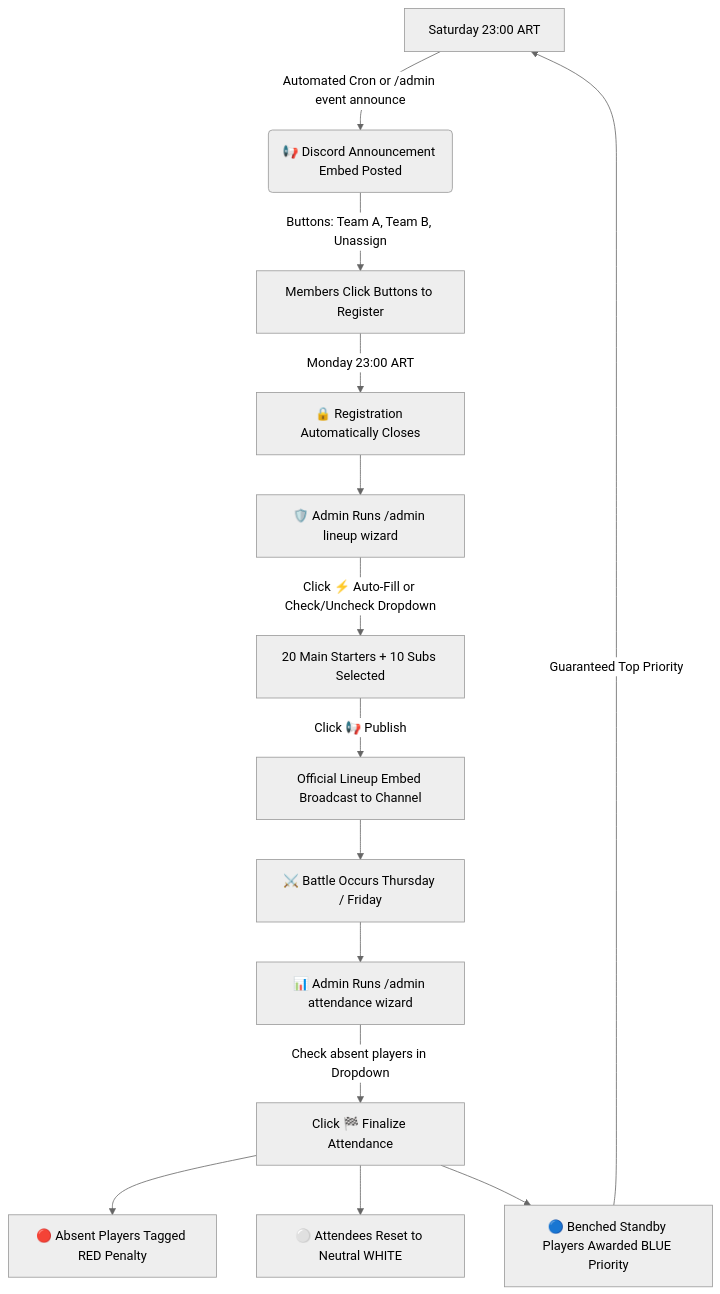
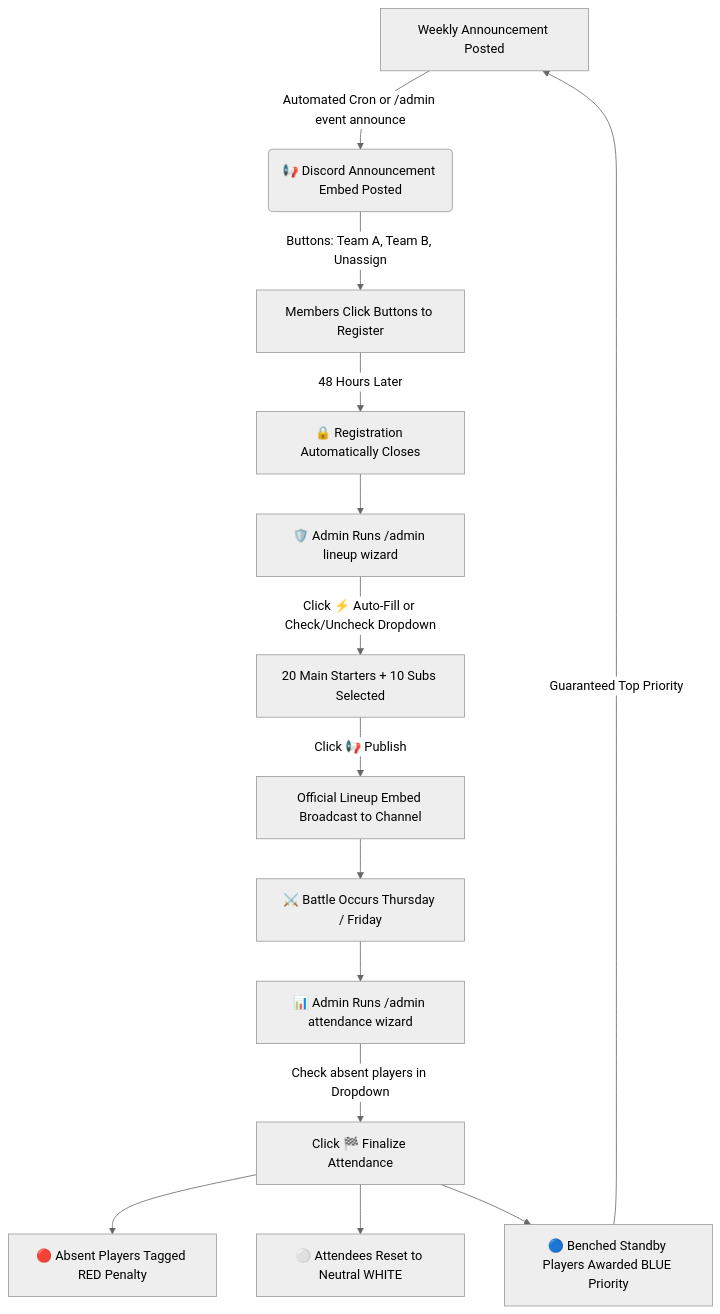
Before and after one commit to efmoyano/qrf-bot: the diagram in README.md, drawn with Mermaid (neutral theme). The commit also changed other lines of this file and 5 other files, not shown here.

````diff
--- a/README.md
+++ b/README.md
@@ -74,16 +83,16 @@
 ```mermaid
 flowchart TD
-    A[Saturday 23:00 ART] -->|Automated Cron or /admin event announce| B(📢 Discord Announcement Embed Posted)
+    A[Weekly Announcement Posted] -->|Automated Cron or /admin event announce| B(📢 Discord Announcement Embed Posted)
     B -->|Buttons: Team A, Team B, Unassign| C[Members Click Buttons to Register]
-    C -->|Monday 23:00 ART| D[🔒 Registration Automatically Closes]
+    C -->|48 Hours Later| D[🔒 Registration Automatically Closes]
     D --> E[🛡️ Admin Runs /admin lineup wizard]
     E -->|Click ⚡ Auto-Fill or Check/Uncheck Dropdown| F[20 Main Starters + 10 Subs Selected]
     F -->|Click 📢 Publish| G[Official Lineup Embed Broadcast to Channel]
     G --> H[⚔️ Battle Occurs Thursday / Friday]
     H --> I[📊 Admin Runs /admin attendance wizard]
     I -->|Check absent players in Dropdown| J[Click 🏁 Finalize Attendance]
     J --> K[🔴 Absent Players Tagged RED Penalty]
     J --> L[⚪ Attendees Reset to Neutral WHITE]
     J --> M[🔵 Benched Standby Players Awarded BLUE Priority]
     M -->|Guaranteed Top Priority| A
 ```
````
